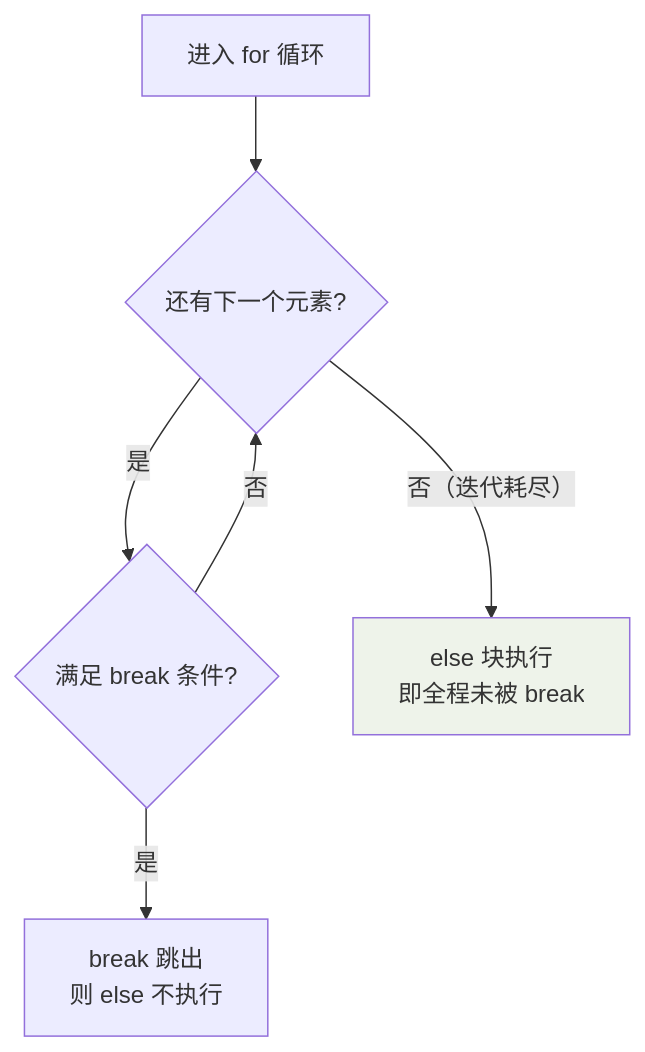
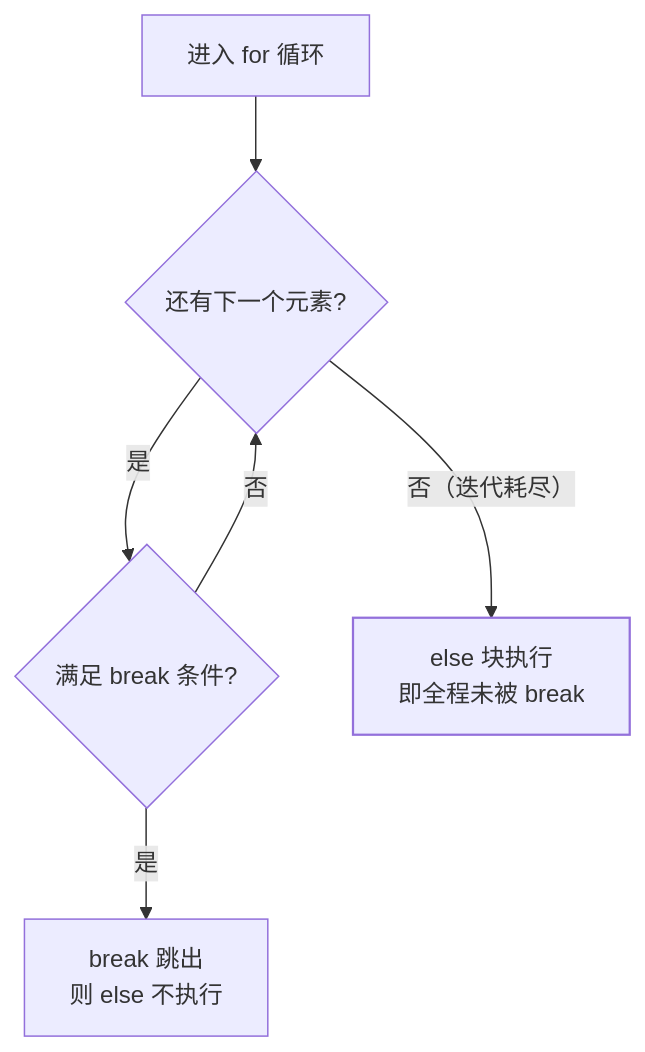
One commit to Loadhao/ascension changed the diagram in src/content/docs/python/basic/syntax/02-control-flow.md. Above: the diagram before and after it, drawn with Mermaid. The commit also changed 87 other files, not shown here.

First line of the commit message:
fix: 全站图表配色改由主题接管，修复暗色主题下浅底浅字看不清

````diff
--- a/src/content/docs/python/basic/syntax/02-control-flow.md
+++ b/src/content/docs/python/basic/syntax/02-control-flow.md
@@ -28,9 +28,10 @@
 ```mermaid
 flowchart TD
     START["进入 for 循环"] --> IT{"还有下一个元素?"}
     IT -- 是 --> B{"满足 break 条件?"}
     B -- 是 --> BRK["break 跳出<br/>则 else 不执行"]
     B -- 否 --> IT
     IT -- "否（迭代耗尽）" --> ELSE["else 块执行<br/>即全程未被 break"]
-    style ELSE fill:#eef3ea
+    class ELSE good
+    classDef good stroke-width:1.5px
 ```
````
